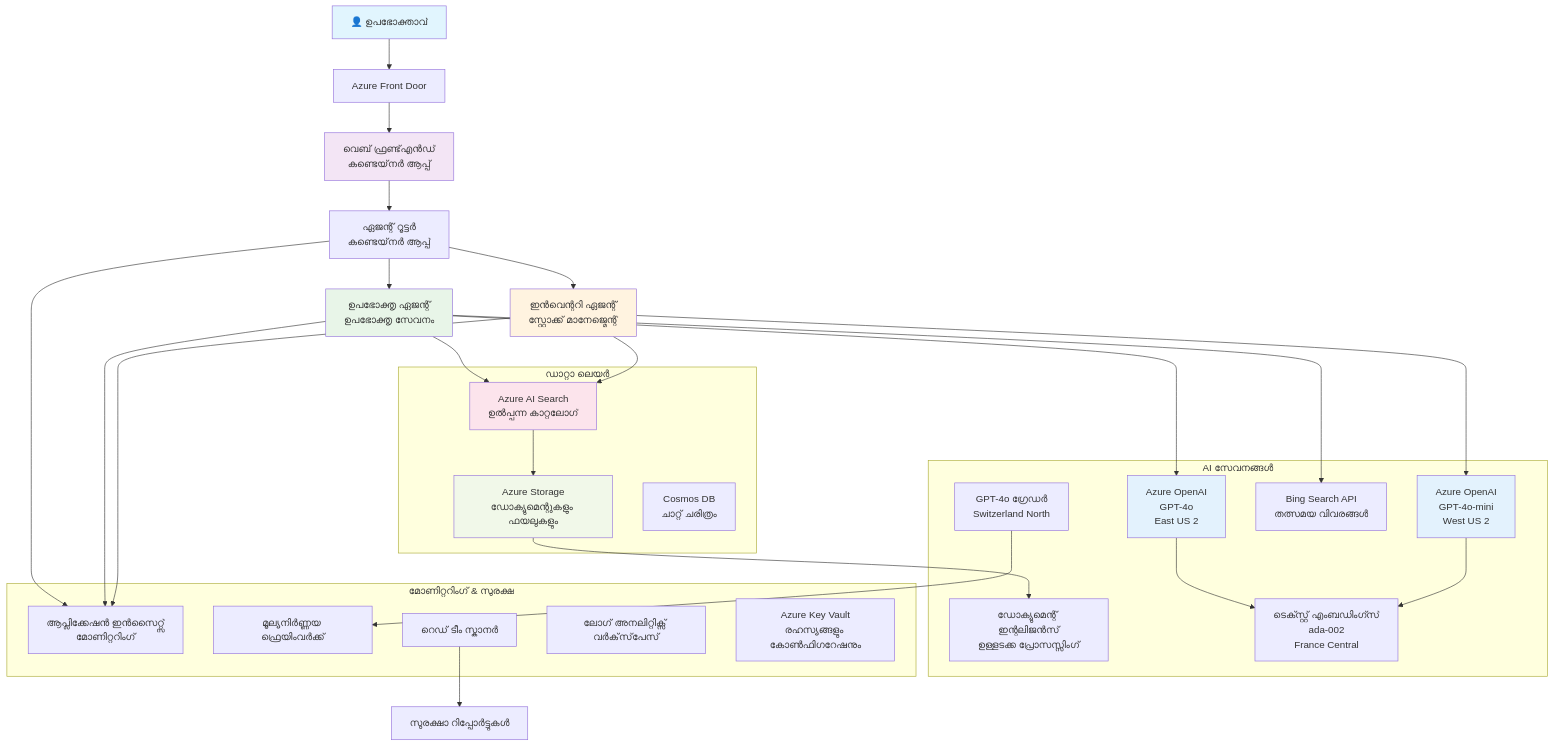
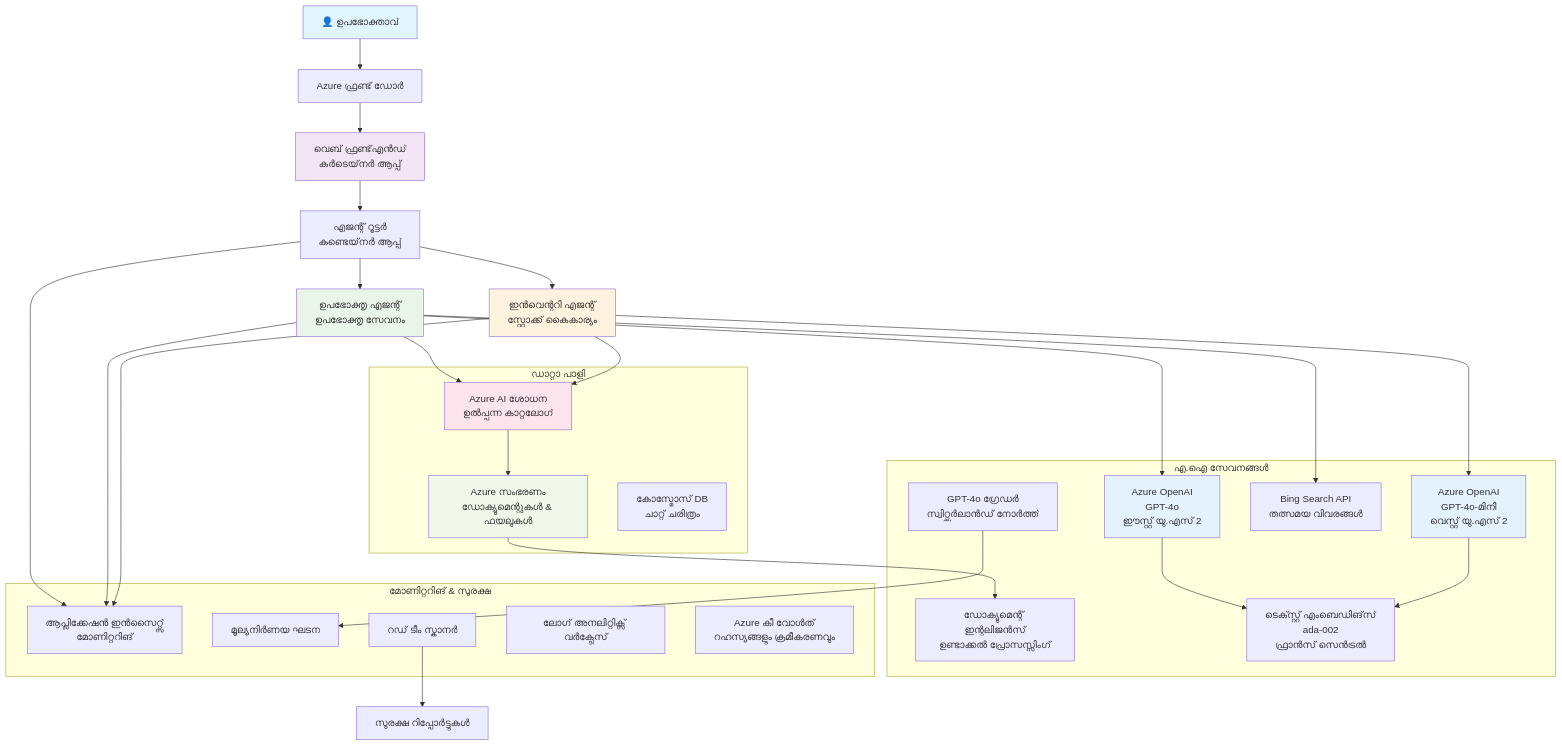
The diagram in translations/ml/examples/retail-scenario.md (microsoft/AZD-for-beginners), drawn with Mermaid before and after one commit. The commit also changed other lines of this file and 470 other files, not shown here.

````diff
--- a/translations/ml/examples/retail-scenario.md
+++ b/translations/ml/examples/retail-scenario.md
@@ -148,61 +139,61 @@
 ```mermaid
 graph TB
-    User[👤 ഉപഭോക്താവ്] --> LB[Azure Front Door]
-    LB --> WebApp[വെബ് ഫ്രണ്ട്‌എൻഡ്<br/>കണ്ടെയ്‌നർ ആപ്പ്]
+    User[👤 ഉപഭോക്താവ്] --> LB[Azure ഫ്രണ്ട് ഡോർ]
+    LB --> WebApp[വെബ് ഫ്രണ്ട്‌എൻഡ്<br/>കർടെയ്‌നർ ആപ്പ്]
     
-    WebApp --> Router[ഏജന്റ് റൂട്ടർ<br/>കണ്ടെയ്‌നർ ആപ്പ്]
-    Router --> CustomerAgent[ഉപഭോക്തൃ ഏജന്റ്<br/>ഉപഭോക്തൃ സേവനം]
-    Router --> InvAgent[ഇൻവെന്ററി ഏജന്റ്<br/>സ്റ്റോക്ക് മാനേജ്മെന്റ്]
+    WebApp --> Router[എജന്റ് റൂട്ടർ<br/>കണ്ടെയ്‌നർ ആപ്പ്]
+    Router --> CustomerAgent[ഉപഭോക്തൃ എജന്റ്<br/>ഉപഭോക്തൃ സേവനം]
+    Router --> InvAgent[ഇൻവെന്ററി എജന്റ്<br/>സ്റ്റോക്ക് കൈകാര്യം]
     
-    CustomerAgent --> OpenAI1[Azure OpenAI<br/>GPT-4o<br/>East US 2]
-    InvAgent --> OpenAI2[Azure OpenAI<br/>GPT-4o-mini<br/>West US 2]
+    CustomerAgent --> OpenAI1[Azure OpenAI<br/>GPT-4o<br/>ഈസ്റ്റ് യു.എസ് 2]
+    InvAgent --> OpenAI2[Azure OpenAI<br/>GPT-4o-മിനി<br/>വെസ്റ്റ് യു.എസ് 2]
     
-    CustomerAgent --> AISearch[Azure AI Search<br/>ഉൽപ്പന്ന കാറ്റലോഗ്]
+    CustomerAgent --> AISearch[Azure AI ശോധന<br/>ഉൽപ്പന്ന കാറ്റലോഗ്]
     CustomerAgent --> BingSearch[Bing Search API<br/>തത്സമയ വിവരങ്ങൾ]
     InvAgent --> AISearch
     
-    AISearch --> Storage[Azure Storage<br/>ഡോക്യുമെന്റുകളും ഫയലുകളും]
-    Storage --> DocIntel[ഡോക്യുമെന്റ് ഇന്റലിജൻസ്<br/>ഉള്ളടക്ക പ്രോസസ്സിംഗ്]
+    AISearch --> Storage[Azure സംഭരണം<br/>ഡോക്യുമെന്റുകൾ & ഫയലുകൾ]
+    Storage --> DocIntel[ഡോക്യുമെന്റ് ഇന്റലിജൻസ്<br/>ഉണ്ടാക്കൽ പ്രോസസ്സിംഗ്]
     
-    OpenAI1 --> Embeddings[ടെക്സ്റ്റ് എംബഡിംഗ്സ്<br/>ada-002<br/>France Central]
+    OpenAI1 --> Embeddings[ടെക്സ്റ്റ് എംബെഡിങ്‌സ്<br/>ada-002<br/>ഫ്രാൻസ് സെൻട്രൽ]
     OpenAI2 --> Embeddings
     
-    Router --> AppInsights[ആപ്ലിക്കേഷൻ ഇൻസൈറ്റ്സ്<br/>മോണിറ്ററിംഗ്]
+    Router --> AppInsights[ആപ്ലിക്കേഷൻ ഇൻസൈറ്റ്സ്<br/>മോണിറ്ററിങ്]
     CustomerAgent --> AppInsights
     InvAgent --> AppInsights
     
-    GraderModel[GPT-4o ഗ്രേഡർ<br/>Switzerland North] --> Evaluation[മൂല്യനിർണ്ണയ ഫ്രെയിംവർക്ക്]
-    RedTeam[റെഡ് ടീം സ്കാനർ] --> SecurityReports[സുരക്ഷാ റിപ്പോർട്ടുകൾ]
+    GraderModel[GPT-4o ഗ്രേഡർ<br/>സ്വിറ്റ്സർലാൻഡ് നോർത്ത്] --> Evaluation[മൂല്യനിർണയ ഘടന]
+    RedTeam[റഡ് ടീം സ്കാനർ] --> SecurityReports[സുരക്ഷ റിപ്പോർട്ടുകൾ]
     
-    subgraph "ഡാറ്റാ ലെയർ"
+    subgraph "ഡാറ്റാ പാളി"
         Storage
         AISearch
-        CosmosDB[Cosmos DB<br/>ചാറ്റ് ചരിത്രം]
+        CosmosDB[കോസ്മോസ് DB<br/>ചാറ്റ് ചരിത്രം]
     end
     
-    subgraph "AI സേവനങ്ങൾ"
+    subgraph "എ.ഐ സേവനങ്ങൾ"
         OpenAI1
         OpenAI2
         Embeddings
         GraderModel
         DocIntel
         BingSearch
     end
     
-    subgraph "മോണിറ്ററിംഗ് & സുരക്ഷ"
+    subgraph "മോണിറ്ററിങ് & സുരക്ഷ"
         AppInsights
-        LogAnalytics[ലോഗ് അനലിറ്റിക്സ് വർക്‌സ്‌പേസ്]
-        KeyVault[Azure Key Vault<br/>രഹസ്യങ്ങളും കോൺഫിഗറേഷനും]
+        LogAnalytics[ലോഗ് അനലിറ്റിക്സ് വർക്പ്ലേസ്]
+        KeyVault[Azure കീ വോൾത്<br/>റഹസ്യങ്ങളും ക്രമീകരണവും]
         RedTeam
         Evaluation
     end
     
     style User fill:#e1f5fe
     style WebApp fill:#f3e5f5
     style CustomerAgent fill:#e8f5e8
     style InvAgent fill:#fff3e0
     style OpenAI1 fill:#e3f2fd
     style OpenAI2 fill:#e3f2fd
     style AISearch fill:#fce4ec
     style Storage fill:#f1f8e9
-```
+```  
````
